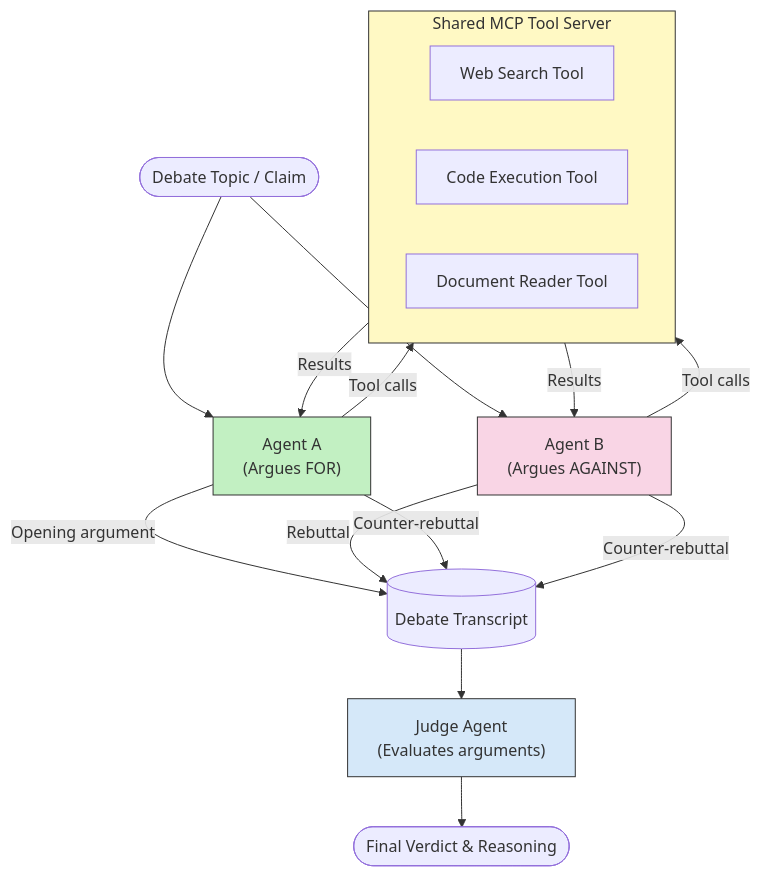
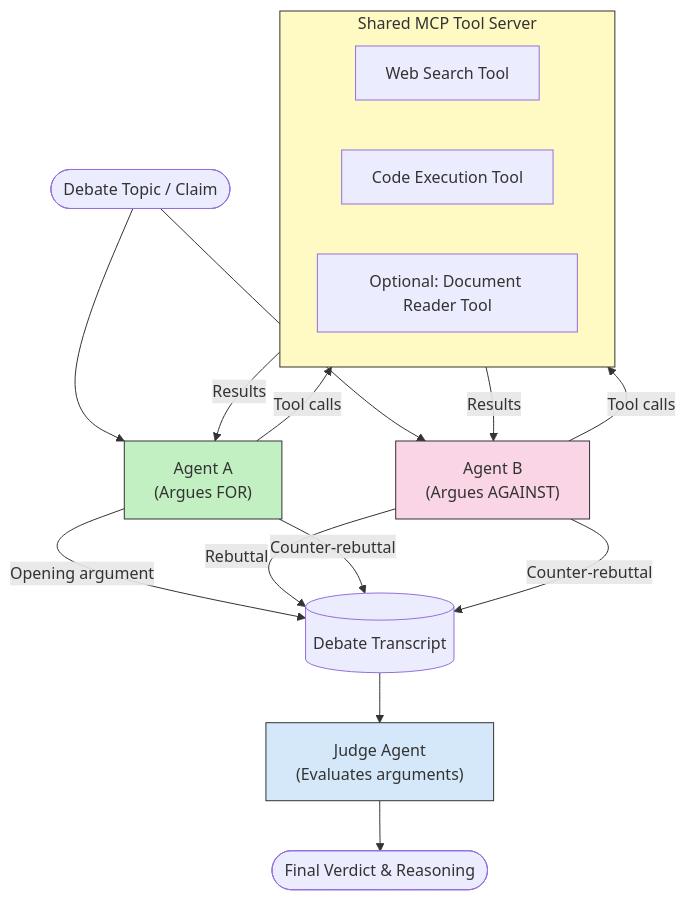
Before and after one commit to axistore80-coder/mcp-for-beginners: the diagram in 05-AdvancedTopics/mcp-adversarial-agents/README.md, drawn with Mermaid.

````diff
--- a/05-AdvancedTopics/mcp-adversarial-agents/README.md
+++ b/05-AdvancedTopics/mcp-adversarial-agents/README.md
@@ -32,31 +32,31 @@
 ```mermaid
 flowchart TD
     Topic([Debate Topic / Claim]) --> ForAgent
     Topic --> AgainstAgent
 
     subgraph SharedMCPServer["Shared MCP Tool Server"]
         WebSearch[Web Search Tool]
         CodeExec[Code Execution Tool]
-        DocReader[Document Reader Tool]
+        DocReader[Optional: Document Reader Tool]
     end
 
     ForAgent["Agent A\n(Argues FOR)"] -->|Tool calls| SharedMCPServer
     AgainstAgent["Agent B\n(Argues AGAINST)"] -->|Tool calls| SharedMCPServer
 
     SharedMCPServer -->|Results| ForAgent
     SharedMCPServer -->|Results| AgainstAgent
 
     ForAgent -->|Opening argument| Debate[(Debate Transcript)]
     AgainstAgent -->|Rebuttal| Debate
 
     ForAgent -->|Counter-rebuttal| Debate
     AgainstAgent -->|Counter-rebuttal| Debate
 
     Debate --> JudgeAgent["Judge Agent\n(Evaluates arguments)"]
     JudgeAgent --> Verdict([Final Verdict & Reasoning])
 
     style ForAgent fill:#c2f0c2,stroke:#333
     style AgainstAgent fill:#f9d5e5,stroke:#333
     style JudgeAgent fill:#d5e8f9,stroke:#333
     style SharedMCPServer fill:#fff9c4,stroke:#333
 ```
````
